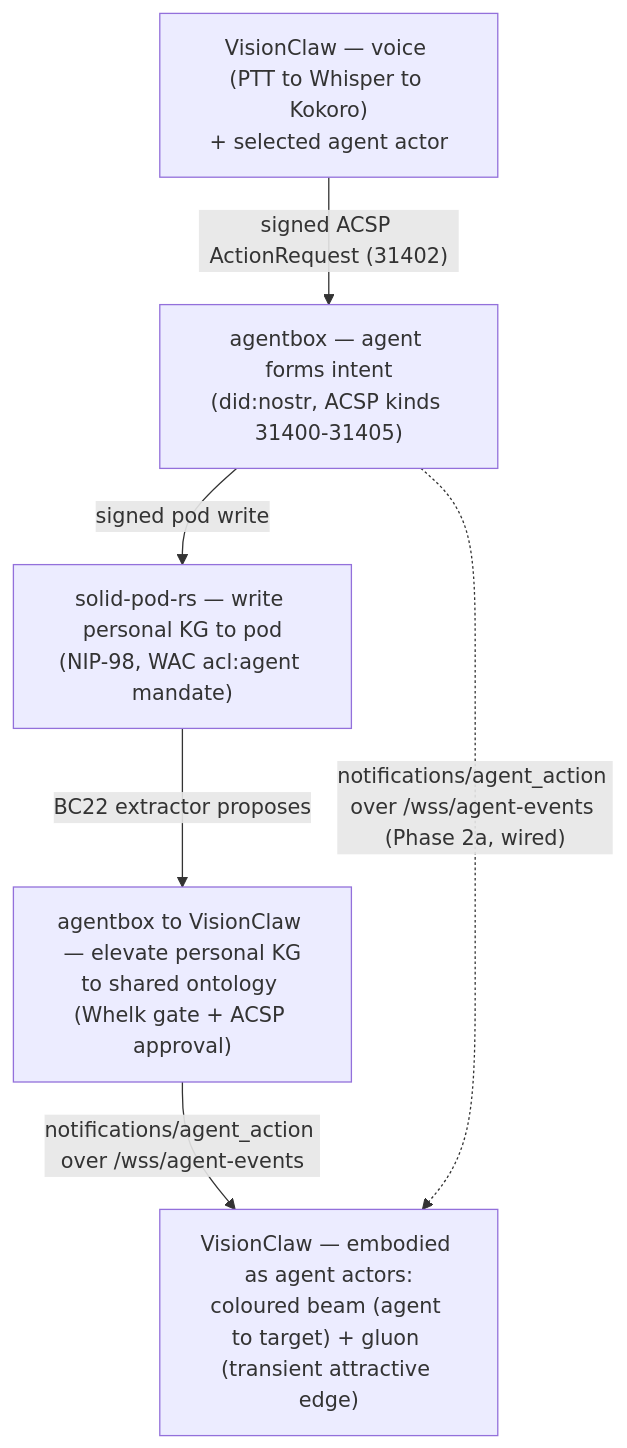
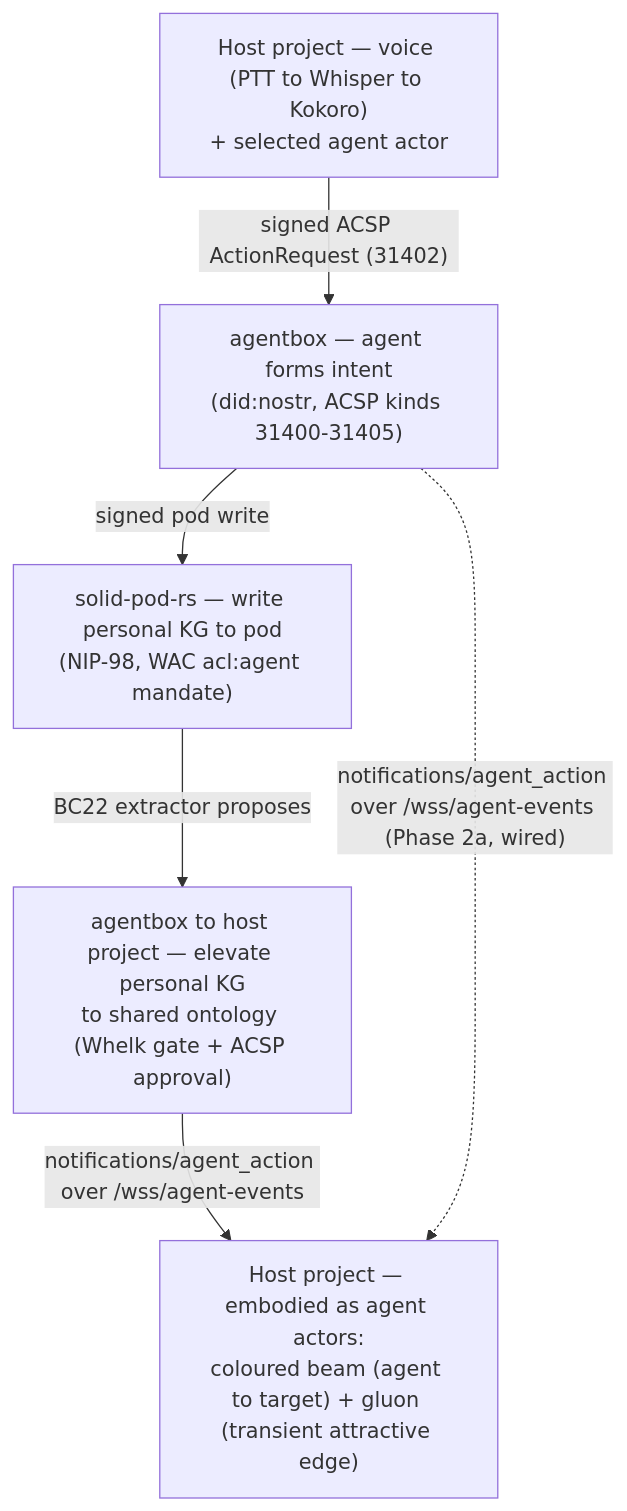
Before and after one commit to DreamLab-AI/agentbox: the first of 5 diagrams in docs/developer/ecosystem.md, drawn with Mermaid. The commit also changed other lines of this file and 35 other files, not shown here.

````diff
--- a/docs/developer/ecosystem.md
+++ b/docs/developer/ecosystem.md
@@ -32,14 +32,14 @@
 ```mermaid
 flowchart TB
-    V["VisionClaw — voice (PTT to Whisper to Kokoro)<br/>+ selected agent actor"]
+    V["Host project — voice (PTT to Whisper to Kokoro)<br/>+ selected agent actor"]
     AB["agentbox — agent forms intent<br/>(did:nostr, ACSP kinds 31400-31405)"]
     POD["solid-pod-rs — write personal KG to pod<br/>(NIP-98, WAC acl:agent mandate)"]
-    ELEV["agentbox to VisionClaw — elevate personal KG<br/>to shared ontology (Whelk gate + ACSP approval)"]
-    VIZ["VisionClaw — embodied as agent actors:<br/>coloured beam (agent to target) + gluon (transient attractive edge)"]
+    ELEV["agentbox to host project — elevate personal KG<br/>to shared ontology (Whelk gate + ACSP approval)"]
+    VIZ["Host project — embodied as agent actors:<br/>coloured beam (agent to target) + gluon (transient attractive edge)"]
 
     V -->|"signed ACSP ActionRequest (31402)"| AB
     AB -->|"signed pod write"| POD
     POD -->|"BC22 extractor proposes"| ELEV
     ELEV -->|"notifications/agent_action over /wss/agent-events"| VIZ
     AB -.->|"notifications/agent_action over /wss/agent-events (Phase 2a, wired)"| VIZ
 ```
````
